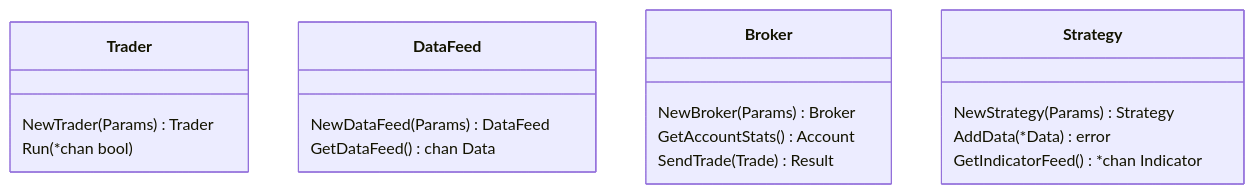
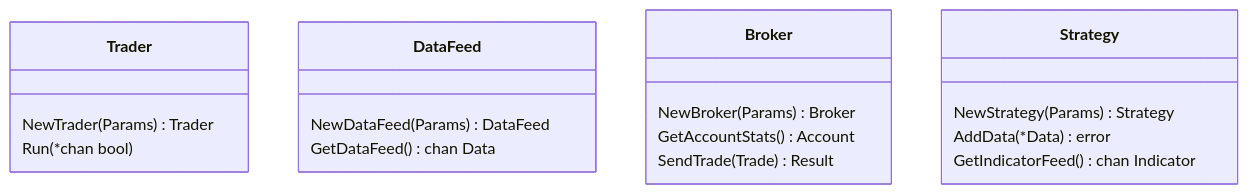
One commit to TradeStax/traedor changed the second of 2 diagrams in design/README.md. Above: the diagram before and after it, drawn with Mermaid. The commit also changed 14 other files, not shown here.

````diff
--- a/design/README.md
+++ b/design/README.md
@@ -15,20 +15,20 @@
 ```mermaid
   classDiagram
     class Trader
       Trader : NewTrader(Params) Trader
       Trader : Run(*chan bool)
 
     class DataFeed
       DataFeed : NewDataFeed(Params) DataFeed
       DataFeed : GetDataFeed() chan Data
 
     class Broker
       Broker : NewBroker(Params) Broker
       Broker : GetAccountStats() Account
       Broker : SendTrade(Trade) Result
 
     class Strategy
       Strategy : NewStrategy(Params) Strategy
       Strategy : AddData(*Data) error
-      Strategy : GetIndicatorFeed() *chan Indicator
+      Strategy : GetIndicatorFeed() chan Indicator
 ```
````
